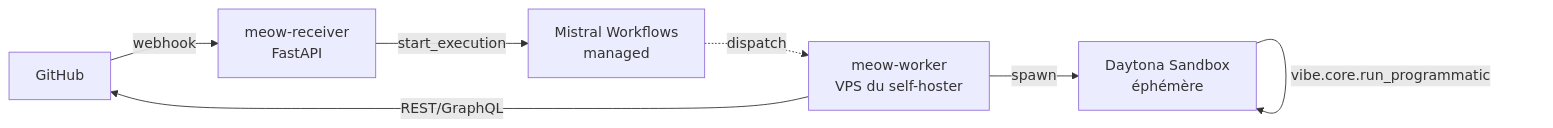
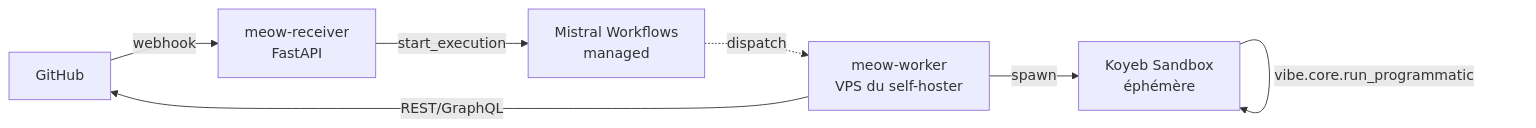
The diagram in SPEC.md (clemparpa/meow-bot), drawn with Mermaid before and after one commit. The commit also changed other lines of this file and 5 other files, not shown here.

First line of the commit message:
feat(s16): quickstart + architecture docs, refresh SPEC for Koyeb (#31)

````diff
--- a/SPEC.md
+++ b/SPEC.md
@@ -57,9 +57,9 @@
 ```mermaid
 flowchart LR
     GH[GitHub] -->|webhook| RX[meow-receiver<br/>FastAPI]
     RX -->|start_execution| WF[Mistral Workflows<br/>managed]
     WF -.->|dispatch| W[meow-worker<br/>VPS du self-hoster]
     W -->|REST/GraphQL| GH
-    W -->|spawn| DS[Daytona Sandbox<br/>éphémère]
+    W -->|spawn| DS[Koyeb Sandbox<br/>éphémère]
     DS -->|vibe.core.run_programmatic| DS
 ```
````
